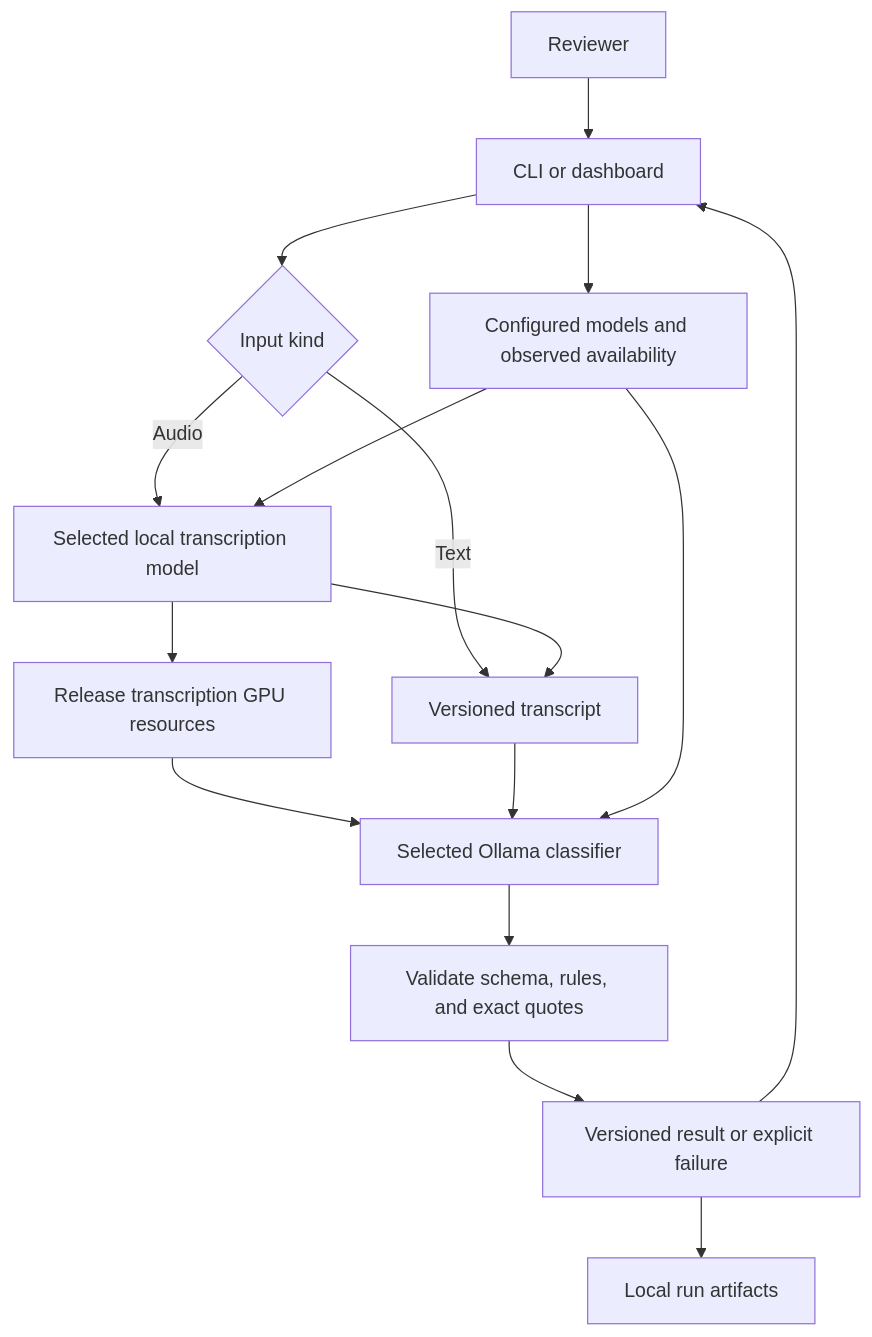
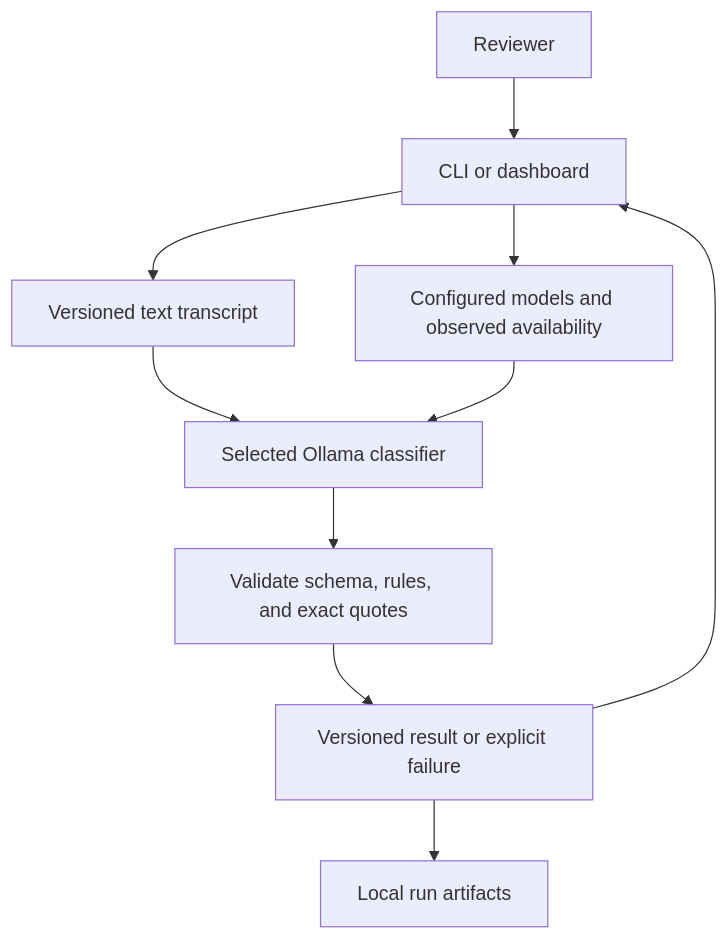
The diagram in features/active/F-004-local-model-pipeline/02_TECHNICAL_SPEC.md (aidevcode9/voice-callback-review), drawn with Mermaid before and after one commit. The commit also changed other lines of this file and 34 other files, not shown here.

````diff
--- a/features/active/F-004-local-model-pipeline/02_TECHNICAL_SPEC.md
+++ b/features/active/F-004-local-model-pipeline/02_TECHNICAL_SPEC.md
@@ -49,18 +49,13 @@
 ```mermaid
 flowchart TD
     User["Reviewer"] --> UI["CLI or dashboard"]
     UI --> Registry["Configured models and observed availability"]
-    UI --> Input{"Input kind"}
-    Input -->|Text| Text["Versioned transcript"]
-    Input -->|Audio| STT["Selected local transcription model"]
-    Registry --> STT
-    STT --> Text
-    STT --> Release["Release transcription GPU resources"]
-    Release --> Classify["Selected Ollama classifier"]
+    UI --> Text["Versioned text transcript"]
+    Classify["Selected Ollama classifier"]
     Text --> Classify
     Registry --> Classify
     Classify --> Validate["Validate schema, rules, and exact quotes"]
     Validate --> Result["Versioned result or explicit failure"]
     Result --> UI
     Result --> Store["Local run artifacts"]
 ```
````
